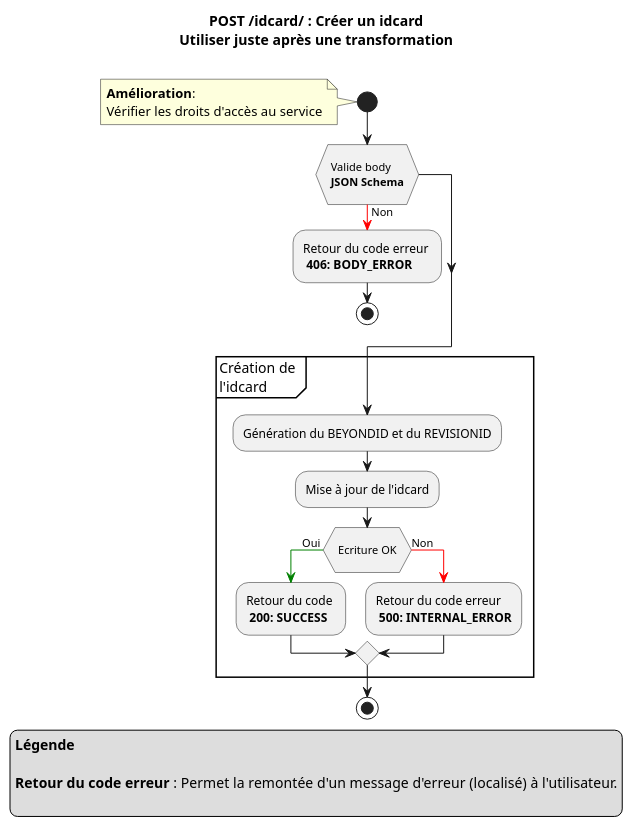
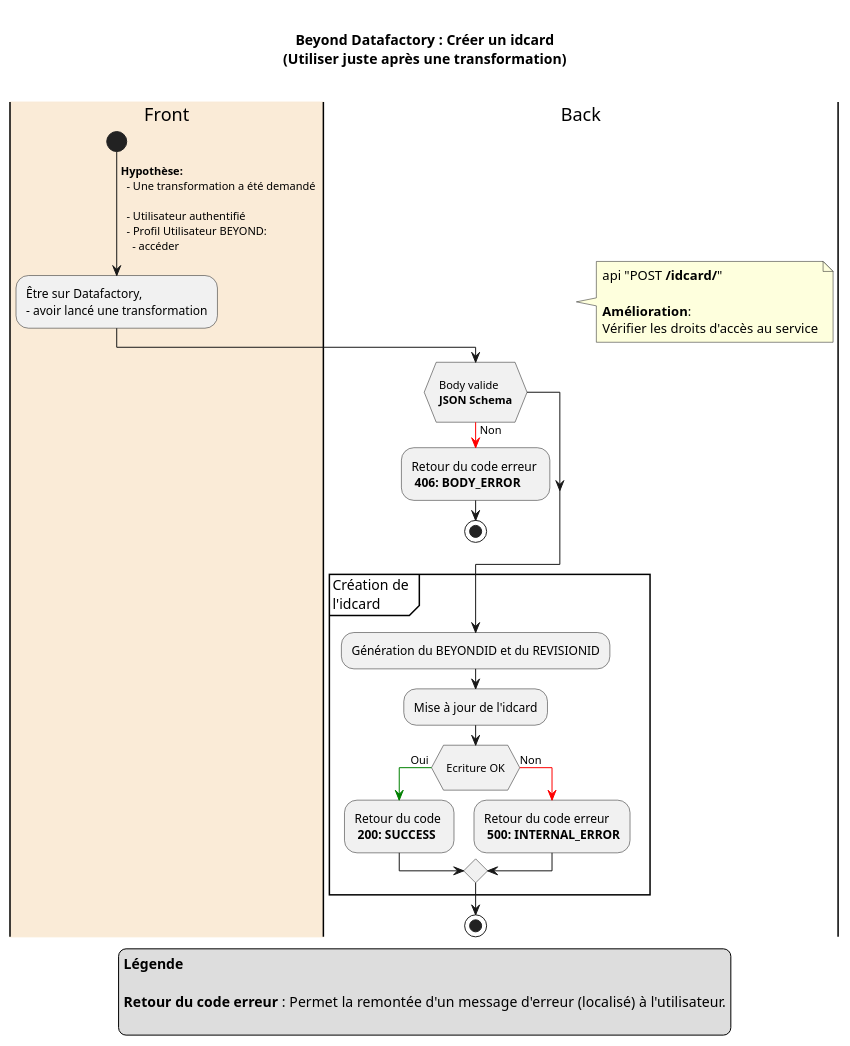
Before and after one commit to cogirep/documentation: the diagram in 01.byd-DataFactory/1.ArchitectureDossier/images/idcard_create_transfo.puml, drawn with PlantUML. The commit also changed 22 other files, not shown here.

Commit message:
doc: activity diagram idcard and enrichment

```diff
--- a/01.byd-DataFactory/1.ArchitectureDossier/images/idcard_create_transfo.puml
+++ b/01.byd-DataFactory/1.ArchitectureDossier/images/idcard_create_transfo.puml
@@ -1,41 +1,51 @@
-@startuml
+@startuml idcard_create_transfo
 
 title
-POST **/idcard/** : Créer un idcard
-Utiliser juste après une transformation
+
+Beyond Datafactory : Créer un idcard
+(Utiliser juste après une transformation)
 
 end title
 
+|#AntiqueWhite| Front |
 start
-note
-**Amélioration**:
-Vérifier les droits d'accès au service
-endnote
-if ( \n Valide body \n **JSON Schema** \n )
+->  **Hypothèse:** \n  - Une transformation a été demandé \n \n  - Utilisateur authentifié \n  - Profil Utilisateur BEYOND:  \n    - accéder ;
+
+-Être sur Datafactory, \n- avoir lancé une transformation
+
+| Back |
+note right
+  api "POST **/idcard/**"
+
+  **Amélioration**:
+  Vérifier les droits d'accès au service
+end note
+
+if ( \n Body valide  \n **JSON Schema** \n )
     -[#red]-> Non ;
     -Retour du code erreur \n **406: BODY_ERROR**
     stop
 endif
 
 
 partition "Création de \nl'idcard" {
     -Génération du BEYONDID et du REVISIONID
     -Mise à jour de l'idcard
     if ( \n Ecriture OK \n )
         -[#green]-> Oui ;
         -Retour du code \n **200: SUCCESS**
     else
         -[#red]-> Non ;
         -Retour du code erreur \n **500: INTERNAL_ERROR**
     endif
 }
 stop
 
 legend 
 **Légende**
 
 **Retour du code erreur** : Permet la remontée d'un message d'erreur (localisé) à l'utilisateur.
 
 endlegend
 
 @enduml
```
